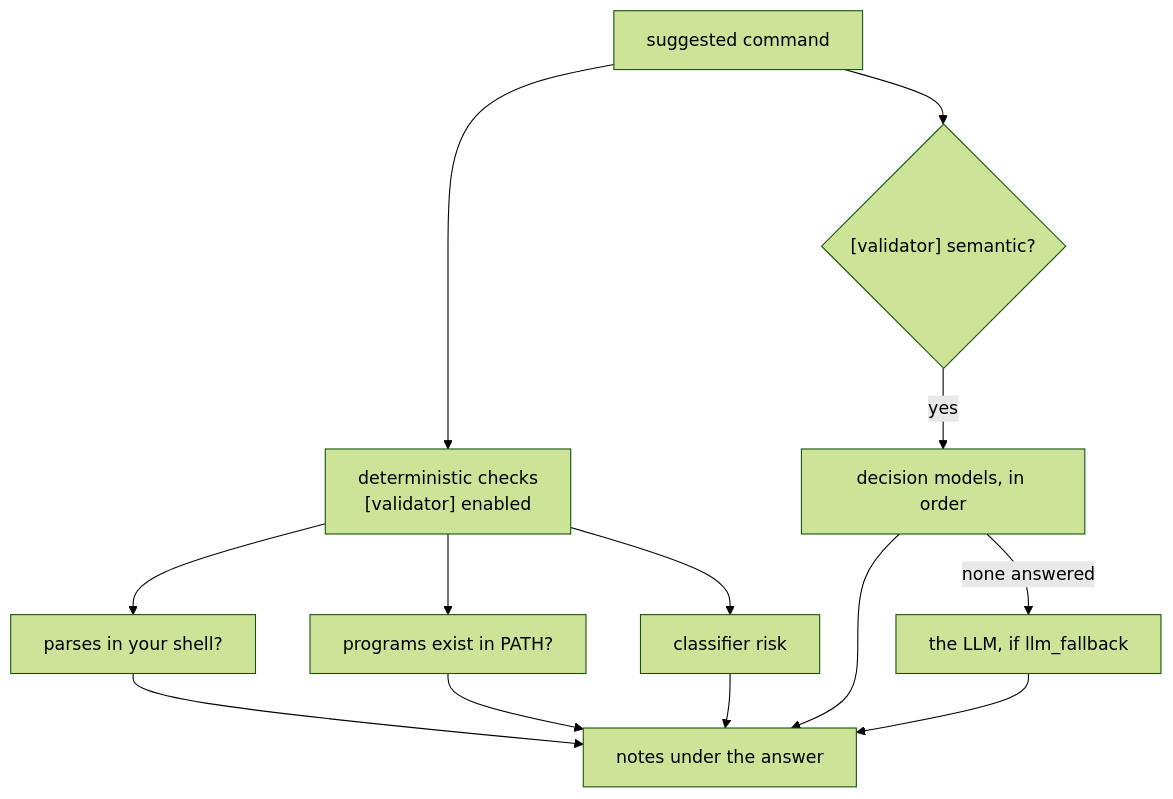
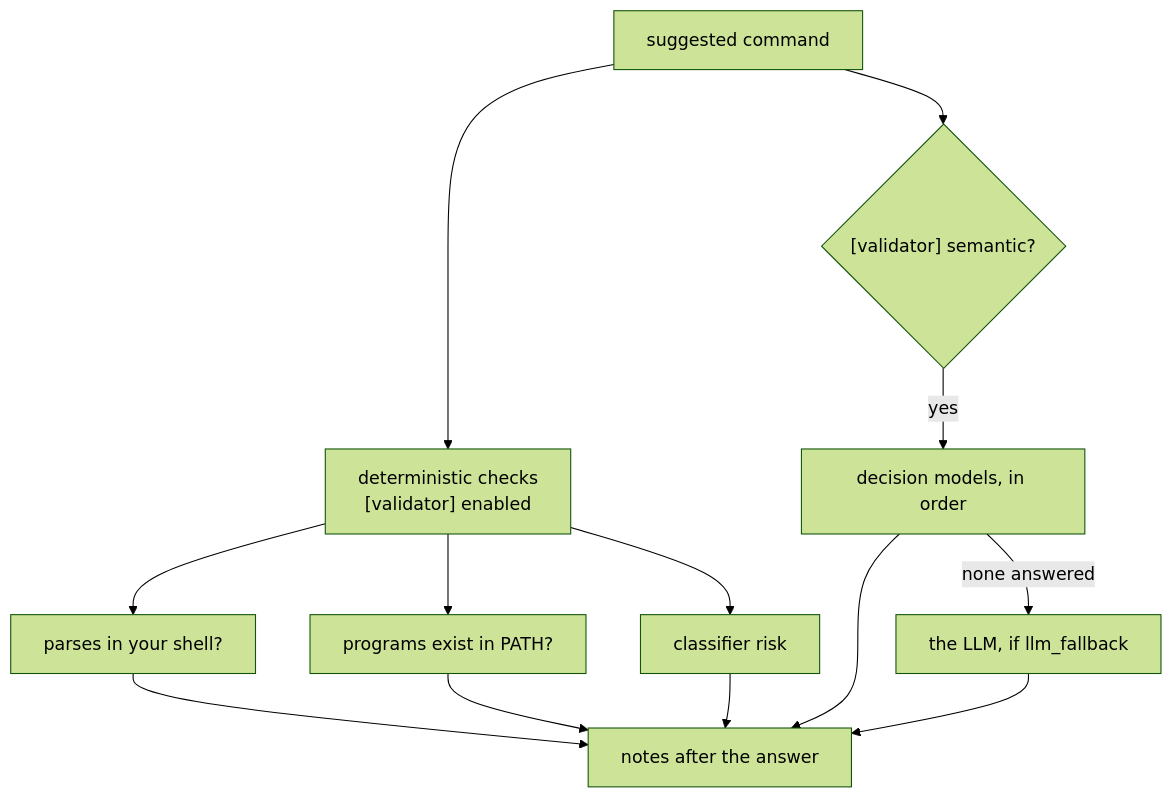
One commit to paulomenin/shellmate changed the first of 2 diagrams in website/src/content/docs/docs/concepts/command-checks.md. Above: the diagram before and after it, drawn with Mermaid (forest theme). The commit also changed other lines of this file and 2 other files, not shown here.

Commit message:
docs: fix where command check notes appear, drop the stale exec note
Notes are printed after the answer, so they sit above the input line that
holds the command. The terminal example now shows that order. The man tool
page said exec was not available yet, but it ships and is on by default.

````diff
--- a/website/src/content/docs/docs/concepts/command-checks.md
+++ b/website/src/content/docs/docs/concepts/command-checks.md
@@ -10,15 +10,15 @@
 ```mermaid
 flowchart TD
     cmd["suggested command"] --> det["deterministic checks<br/>[validator] enabled"]
     det --> syn["parses in your shell?"]
     det --> prog["programs exist in PATH?"]
     det --> risk["classifier risk"]
     cmd --> sem{"[validator] semantic?"}
     sem -- "yes" --> dec["decision models, in order"]
     dec -- "none answered" --> llm["the LLM, if llm_fallback"]
-    syn --> notes["notes under the answer"]
+    syn --> notes["notes after the answer"]
     prog --> notes
     risk --> notes
     dec --> notes
     llm --> notes
 ```
````
